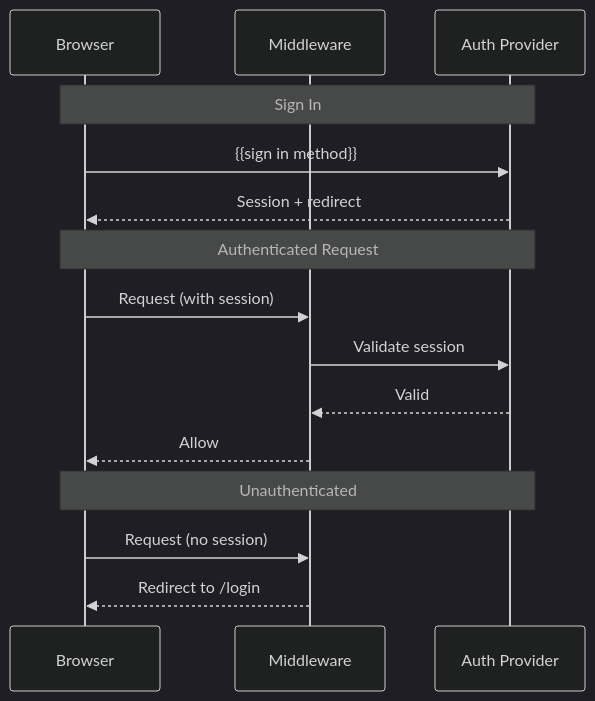
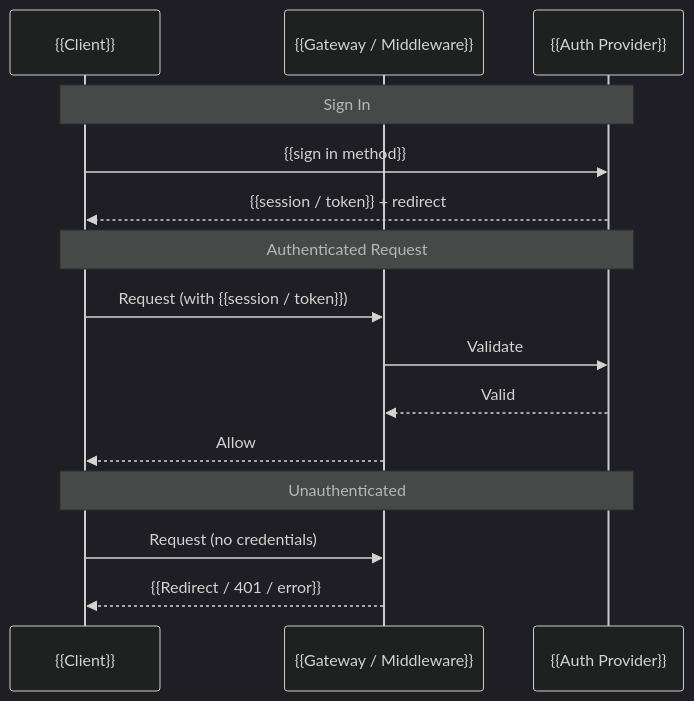
Before and after one commit to SergiuSavva/ai-context-docs-lifecycle: the diagram in content/modules/01-project-context/templates/docs/auth.md, drawn with Mermaid (dark theme). The commit also changed other lines of this file and 21 other files, not shown here.

````diff
--- a/content/modules/01-project-context/templates/docs/auth.md
+++ b/content/modules/01-project-context/templates/docs/auth.md
@@ -7,20 +7,20 @@
 ```mermaid
 sequenceDiagram
-    participant B as Browser
-    participant M as Middleware
-    participant S as Auth Provider
+    participant C as {{Client}}
+    participant G as {{Gateway / Middleware}}
+    participant A as {{Auth Provider}}
 
-    Note over B,S: Sign In
-    B->>S: {{sign in method}}
-    S-->>B: Session + redirect
+    Note over C,A: Sign In
+    C->>A: {{sign in method}}
+    A-->>C: {{session / token}} + redirect
 
-    Note over B,S: Authenticated Request
-    B->>M: Request (with session)
-    M->>S: Validate session
-    S-->>M: Valid
-    M-->>B: Allow
+    Note over C,A: Authenticated Request
+    C->>G: Request (with {{session / token}})
+    G->>A: Validate
+    A-->>G: Valid
+    G-->>C: Allow
 
-    Note over B,S: Unauthenticated
-    B->>M: Request (no session)
-    M-->>B: Redirect to /login
+    Note over C,A: Unauthenticated
+    C->>G: Request (no credentials)
+    G-->>C: {{Redirect / 401 / error}}
 ```
````
